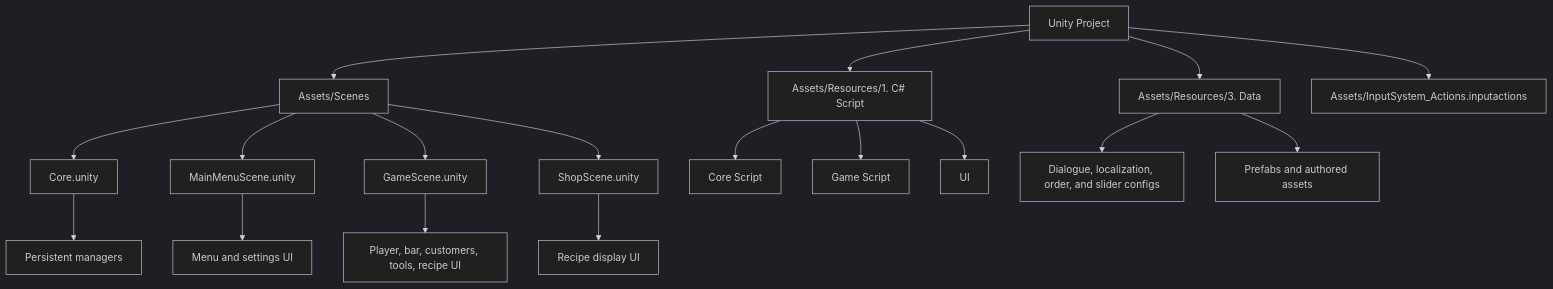
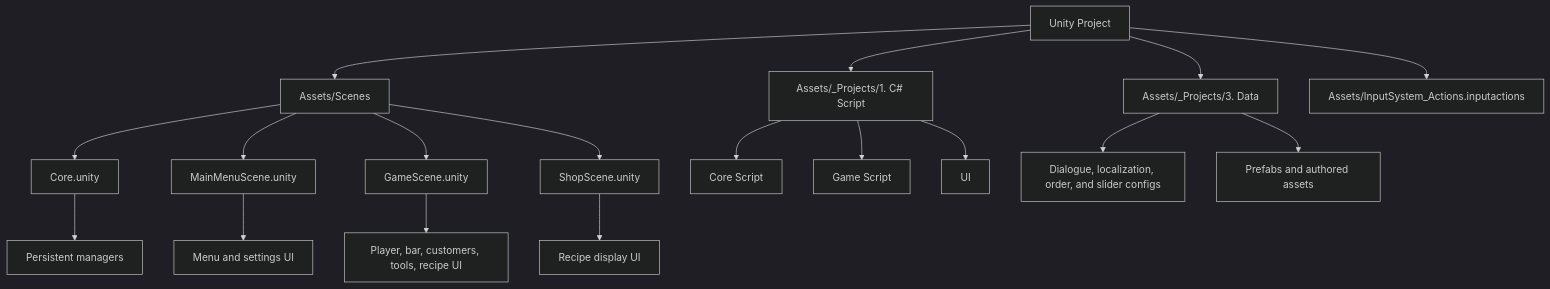
One commit to Natookie/VilesWSmiles changed the diagram in README.md. Above: the diagram before and after it, drawn with Mermaid (dark theme). The commit also changed other lines of this file and 589 other files, not shown here.

````diff
--- a/README.md
+++ b/README.md
@@ -55,23 +55,23 @@
 ```mermaid
 graph TD
     Project[Unity Project] --> Scenes[Assets/Scenes]
-    Project --> Scripts[Assets/Resources/1. C# Script]
-    Project --> Data[Assets/Resources/3. Data]
+    Project --> Scripts[Assets/_Projects/1. C# Script]
+    Project --> Data[Assets/_Projects/3. Data]
     Project --> Input[Assets/InputSystem_Actions.inputactions]
 
     Scenes --> Core[Core.unity]
     Scenes --> Menu[MainMenuScene.unity]
     Scenes --> Game[GameScene.unity]
     Scenes --> Shop[ShopScene.unity]
 
     Core --> Managers[Persistent managers]
     Menu --> MenuUI[Menu and settings UI]
     Game --> Bar[Player, bar, customers, tools, recipe UI]
     Shop --> RecipeBook[Recipe display UI]
 
     Scripts --> CoreScripts[Core Script]
     Scripts --> GameScripts[Game Script]
     Scripts --> UIScripts[UI]
     Data --> Configs[Dialogue, localization, order, and slider configs]
     Data --> Prefabs[Prefabs and authored assets]
 ```
````
